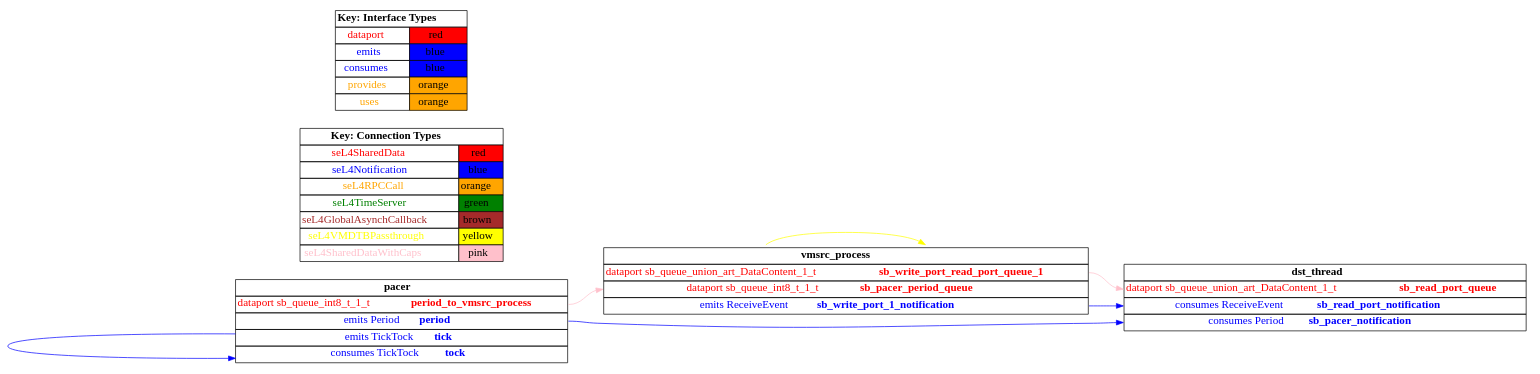
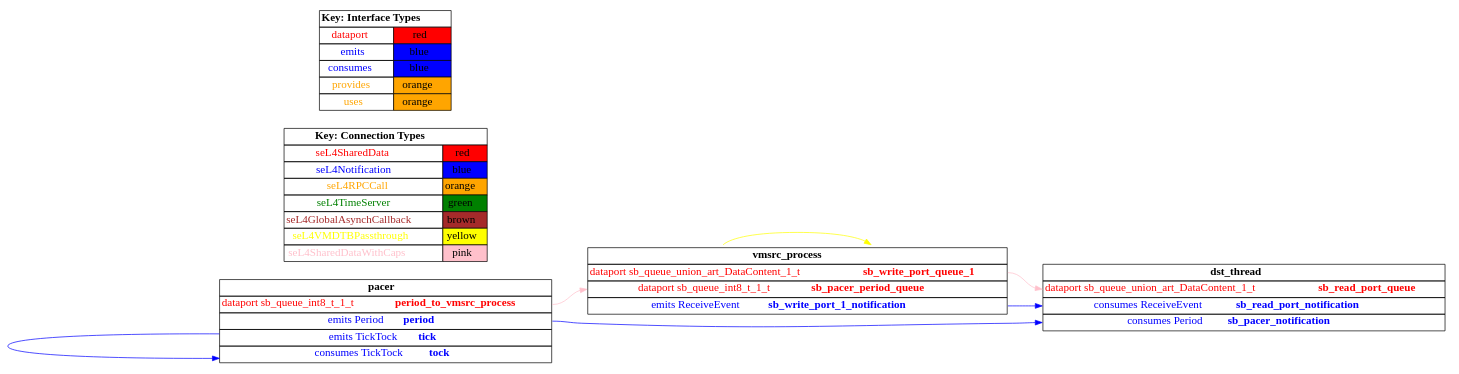
The diagram in TA5/tool-evaluation-4/HAMR/examples/test_event_data_port_periodic_domains_VM/sender_vm/CAmkES_seL4/src/c/CAmkES_seL4/graph.dot (loonwerks/CASE), drawn with Graphviz before and after one commit. The commit also changed 101 other files, not shown here.

```diff
--- a/TA5/tool-evaluation-4/HAMR/examples/test_event_data_port_periodic_domains_VM/sender_vm/CAmkES_seL4/src/c/CAmkES_seL4/graph.dot
+++ b/TA5/tool-evaluation-4/HAMR/examples/test_event_data_port_periodic_domains_VM/sender_vm/CAmkES_seL4/src/c/CAmkES_seL4/graph.dot
@@ -1,116 +1,116 @@
 digraph g {
 graph [
   overlap = false,
   rankdir = "LR"
 ];
 node [
   fontsize = "16",
   shape = "ellipse"
 ];
 edge [
 ];
 
 vmsrc_process [
   label=<
     <TABLE BORDER="0" CELLBORDER="1" CELLSPACING="0">
       <TR><TD><B>vmsrc_process</B></TD></TR>
-      <TR><TD PORT="sb_write_port_read_port_queue_1"><FONT COLOR="red">dataport sb_queue_union_art_DataContent_1_t <B>sb_write_port_read_port_queue_1</B></FONT></TD></TR>
+      <TR><TD PORT="sb_write_port_queue_1"><FONT COLOR="red">dataport sb_queue_union_art_DataContent_1_t <B>sb_write_port_queue_1</B></FONT></TD></TR>
       <TR><TD PORT="sb_pacer_period_queue"><FONT COLOR="red">dataport sb_queue_int8_t_1_t <B>sb_pacer_period_queue</B></FONT></TD></TR>
       <TR><TD PORT="sb_write_port_1_notification"><FONT COLOR="blue">emits ReceiveEvent <B>sb_write_port_1_notification</B></FONT></TD></TR>"
     </TABLE>
   >
   shape=plaintext
 ];
 
 dst_thread [
   label=<
     <TABLE BORDER="0" CELLBORDER="1" CELLSPACING="0">
       <TR><TD><B>dst_thread</B></TD></TR>
       <TR><TD PORT="sb_read_port_queue"><FONT COLOR="red">dataport sb_queue_union_art_DataContent_1_t <B>sb_read_port_queue</B></FONT></TD></TR>
       <TR><TD PORT="sb_read_port_notification"><FONT COLOR="blue">consumes ReceiveEvent <B>sb_read_port_notification</B></FONT></TD></TR>
       <TR><TD PORT="sb_pacer_notification"><FONT COLOR="blue">consumes Period <B>sb_pacer_notification</B></FONT></TD></TR>"
     </TABLE>
   >
   shape=plaintext
 ];
 
 pacer [
   label=<
     <TABLE BORDER="0" CELLBORDER="1" CELLSPACING="0">
       <TR><TD><B>pacer</B></TD></TR>
       <TR><TD PORT="period_to_vmsrc_process"><FONT COLOR="red">dataport sb_queue_int8_t_1_t <B>period_to_vmsrc_process</B></FONT></TD></TR>
       <TR><TD PORT="period"><FONT COLOR="blue">emits Period <B>period</B></FONT></TD></TR>
       <TR><TD PORT="tick"><FONT COLOR="blue">emits TickTock <B>tick</B></FONT></TD></TR>
       <TR><TD PORT="tock"><FONT COLOR="blue">consumes TickTock <B>tock</B></FONT></TD></TR>"
     </TABLE>
   >
   shape=plaintext
 ];
 
 connectiontypekey [
   label=<
    <TABLE BORDER="0" CELLBORDER="1" CELLSPACING="0">
      <TR><TD COLSPAN="2"><B>Key: Connection Types</B></TD></TR>
      <TR><TD><FONT COLOR="red">seL4SharedData</FONT></TD><TD BGCOLOR="red">red</TD></TR>
      <TR><TD><FONT COLOR="blue">seL4Notification</FONT></TD><TD BGCOLOR="blue">blue</TD></TR>
      <TR><TD><FONT COLOR="orange">seL4RPCCall</FONT></TD><TD BGCOLOR="orange">orange</TD></TR>
      <TR><TD><FONT COLOR="green">seL4TimeServer</FONT></TD><TD BGCOLOR="green">green</TD></TR>
      <TR><TD><FONT COLOR="brown">seL4GlobalAsynchCallback</FONT></TD><TD BGCOLOR="brown">brown</TD></TR>
      <TR><TD><FONT COLOR="yellow">seL4VMDTBPassthrough</FONT></TD><TD BGCOLOR="yellow">yellow</TD></TR>
      <TR><TD><FONT COLOR="pink">seL4SharedDataWithCaps</FONT></TD><TD BGCOLOR="pink">pink</TD></TR>
    </TABLE>
   >
   shape=plaintext
 ];
 
 interfacetypekey [
   label=<
    <TABLE BORDER="0" CELLBORDER="1" CELLSPACING="0">
      <TR><TD COLSPAN="2"><B>Key: Interface Types</B></TD></TR>
      <TR><TD><FONT COLOR="red">dataport</FONT></TD><TD BGCOLOR="red">red</TD></TR>
      <TR><TD><FONT COLOR="blue">emits</FONT></TD><TD BGCOLOR="blue">blue</TD></TR>
      <TR><TD><FONT COLOR="blue">consumes</FONT></TD><TD BGCOLOR="blue">blue</TD></TR>
      <TR><TD><FONT COLOR="orange">provides</FONT></TD><TD BGCOLOR="orange">orange</TD></TR>
      <TR><TD><FONT COLOR="orange">uses</FONT></TD><TD BGCOLOR="orange">orange</TD></TR>
    </TABLE>
   >
   shape=plaintext
 ];
 
 "vmsrc_process":dtb_self -> "vmsrc_process":dtb [
   color="yellow"
   //label = "seL4VMDTBPassthrough"
   id = conn1
 ];
 
 "vmsrc_process":sb_write_port_1_notification -> "dst_thread":sb_read_port_notification [
   color="blue"
   //label = "seL4Notification"
   id = conn2
 ];
 
-"vmsrc_process":sb_write_port_read_port_queue_1 -> "dst_thread":sb_read_port_queue [
+"vmsrc_process":sb_write_port_queue_1 -> "dst_thread":sb_read_port_queue [
   color="pink"
   //label = "seL4SharedDataWithCaps"
   id = conn3
 ];
 
 "pacer":tick -> "pacer":tock [
   color="blue"
   //label = "seL4Notification"
   id = conn4
 ];
 
 "pacer":period_to_vmsrc_process -> "vmsrc_process":sb_pacer_period_queue [
   color="pink"
   //label = "seL4SharedDataWithCaps"
   id = conn5
 ];
 
 "pacer":period -> "dst_thread":sb_pacer_notification [
   color="blue"
   //label = "seL4Notification"
   id = conn6
 ];
 
 }
```
